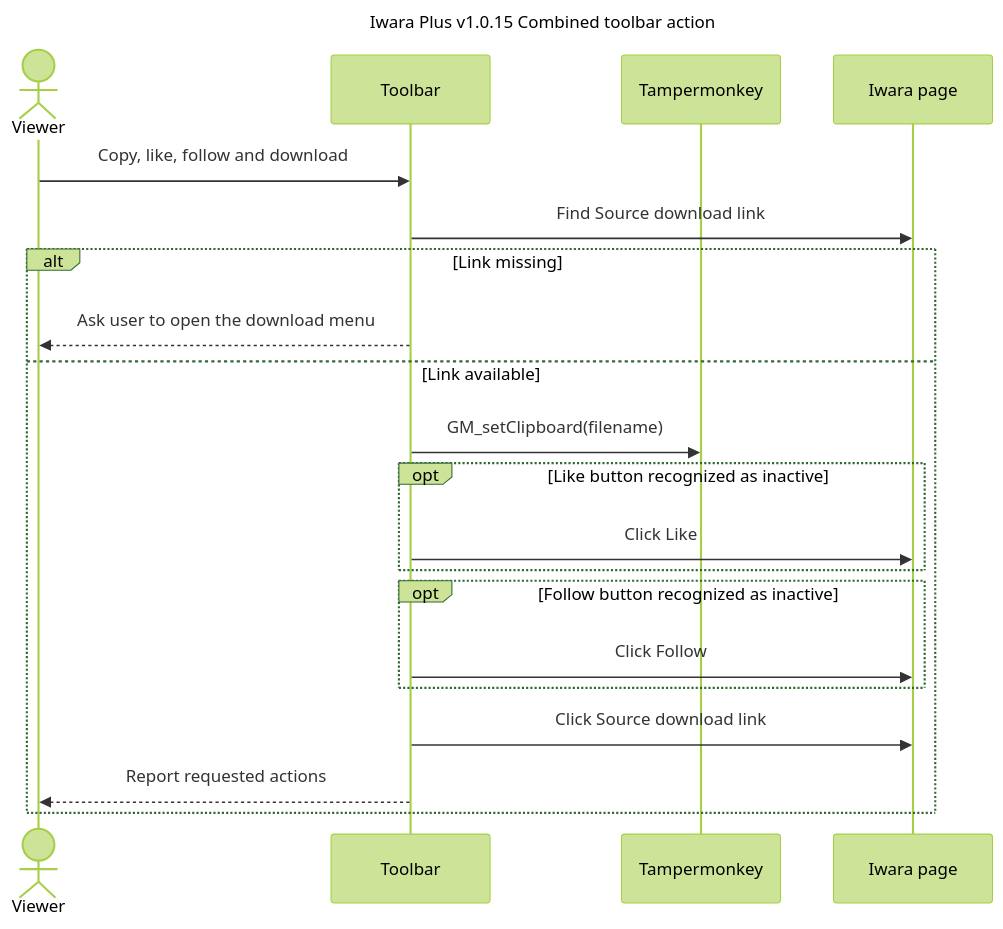
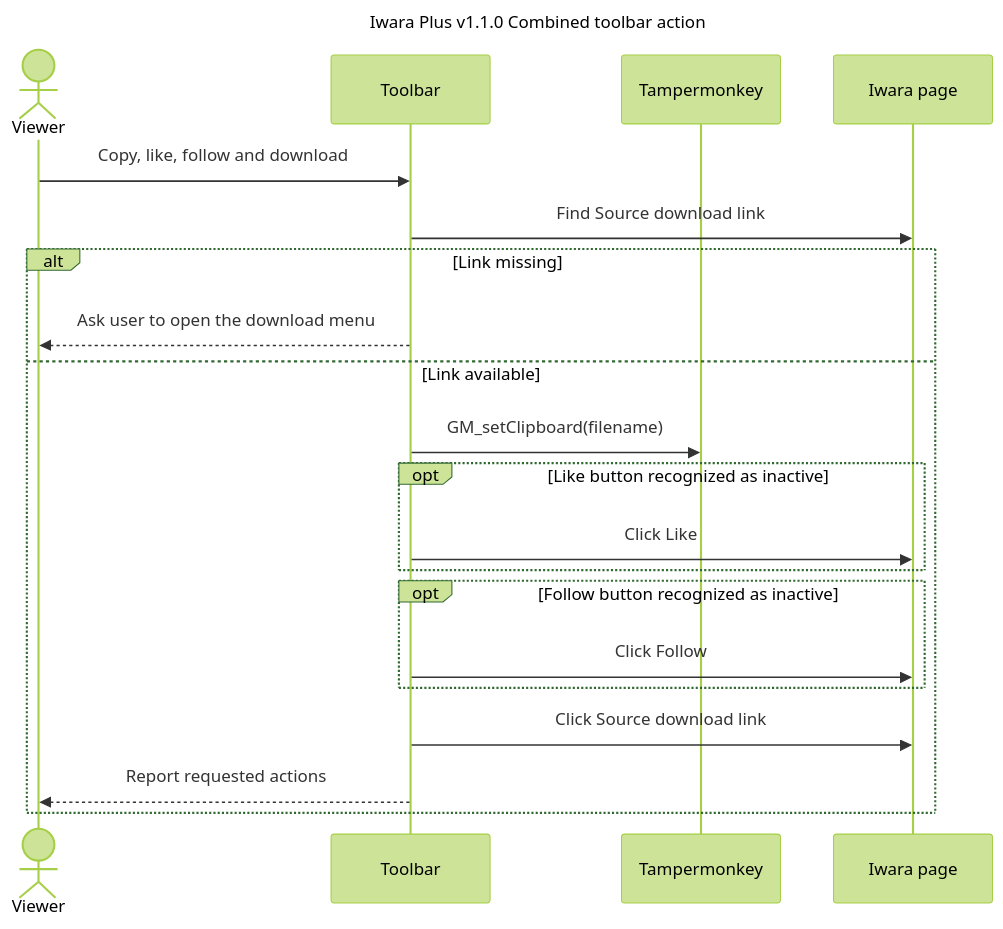
The fourth of 6 diagrams in docs/architecture.md (lhYanghc/iwara-plus), drawn with Mermaid (forest theme) before and after one commit. The commit also changed other lines of this file and 9 other files, not shown here.

````diff
--- a/docs/architecture.md
+++ b/docs/architecture.md
@@ -127,25 +131,25 @@
 ```mermaid
 ---
-title: Iwara Plus v1.0.15 Combined toolbar action
+title: Iwara Plus v1.1.0 Combined toolbar action
 ---
 sequenceDiagram
     actor U as Viewer
     participant T as Toolbar
     participant G as Tampermonkey
     participant D as Iwara page
     U->>T: Copy, like, follow and download
     T->>D: Find Source download link
     alt Link missing
         T-->>U: Ask user to open the download menu
     else Link available
         T->>G: GM_setClipboard(filename)
         opt Like button recognized as inactive
             T->>D: Click Like
         end
         opt Follow button recognized as inactive
             T->>D: Click Follow
         end
         T->>D: Click Source download link
         T-->>U: Report requested actions
     end
 ```
````
